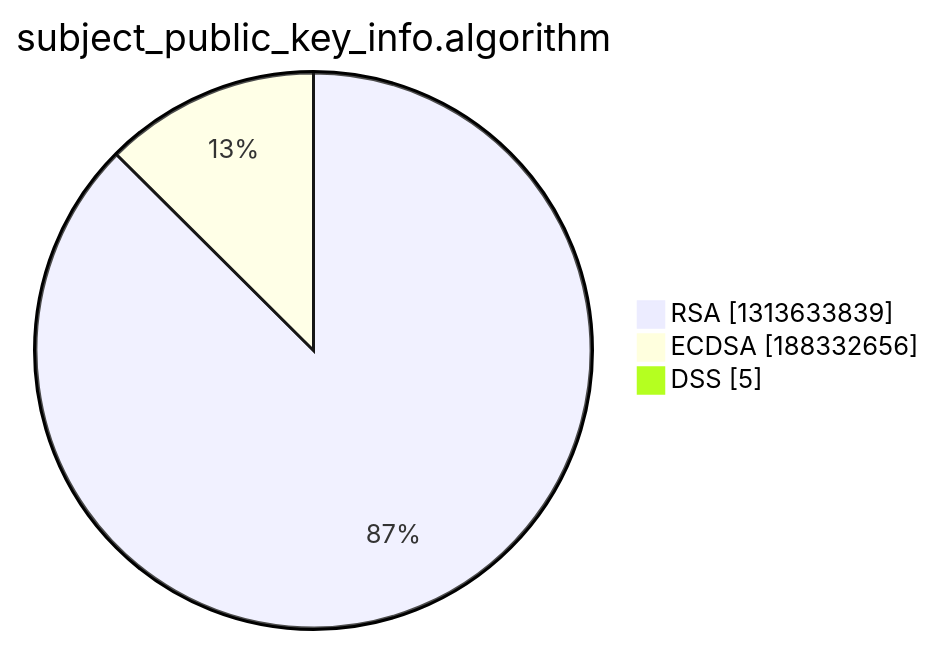
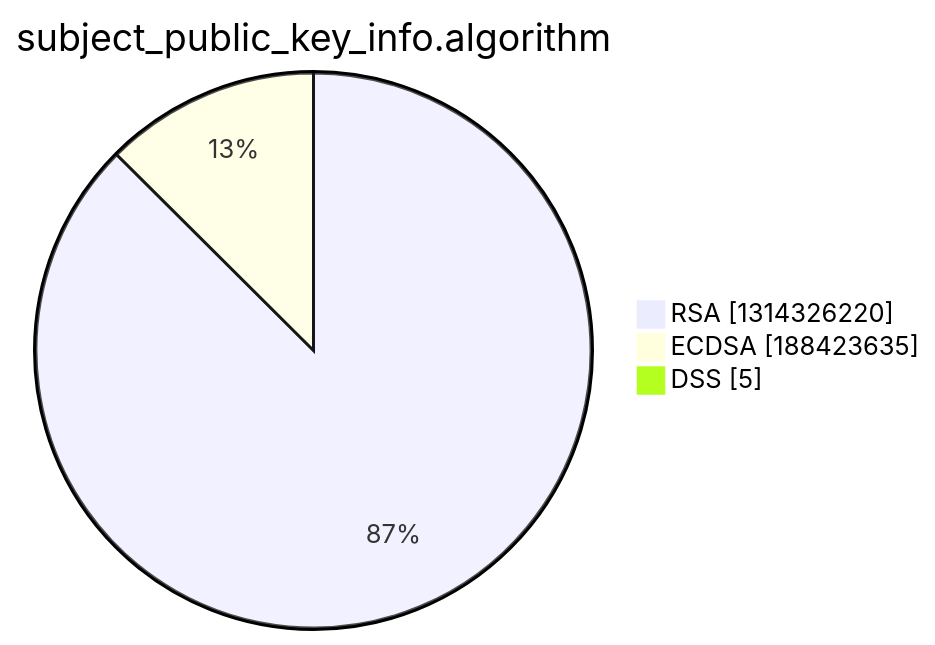
The third of 15 diagrams in xenon2022/README.md (christiankrug/ctmonitor_visualization), drawn with Mermaid before and after one commit. The commit also changed other lines of this file, not shown here.

````diff
--- a/xenon2022/README.md
+++ b/xenon2022/README.md
@@ -14,7 +14,7 @@
 ```mermaid
 pie showData
 title subject_public_key_info.algorithm
-"RSA" :1313633839
-"ECDSA" :188332656
+"RSA" :1314326220
+"ECDSA" :188423635
 "DSS" :5
 ```
````
